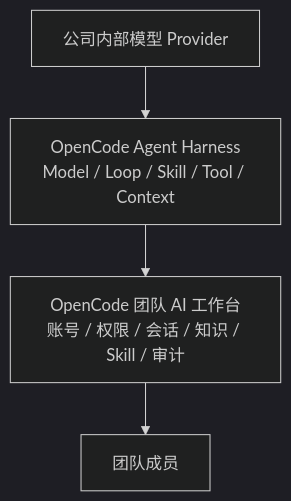
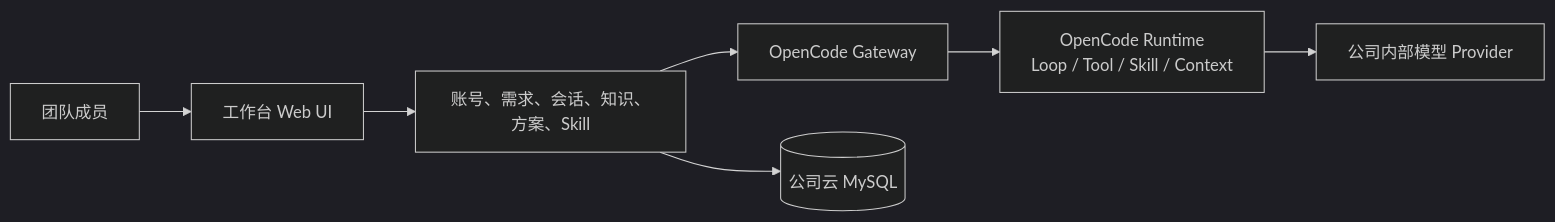
Before and after one commit to rainerzhao/opencode-ia: the diagram in README.md, drawn with Mermaid (dark theme). The commit also changed other lines of this file and 1 other file, not shown here.

````diff
--- a/README.md
+++ b/README.md
@@ -15,6 +25,9 @@
 ```mermaid
-flowchart TB
-    M[公司内部模型 Provider] --> O[OpenCode Agent Harness<br/>Model / Loop / Skill / Tool / Context]
-    O --> W[OpenCode 团队 AI 工作台<br/>账号 / 权限 / 会话 / 知识 / Skill / 审计]
-    W --> U[团队成员]
+flowchart LR
+  U[团队成员] --> W[工作台 Web UI]
+  W --> P[账号、需求、会话、知识、方案、Skill]
+  P --> G[OpenCode Gateway]
+  G --> O[OpenCode Runtime<br/>Loop / Tool / Skill / Context]
+  O --> M[公司内部模型 Provider]
+  P --> D[(公司云 MySQL)]
 ```
````
